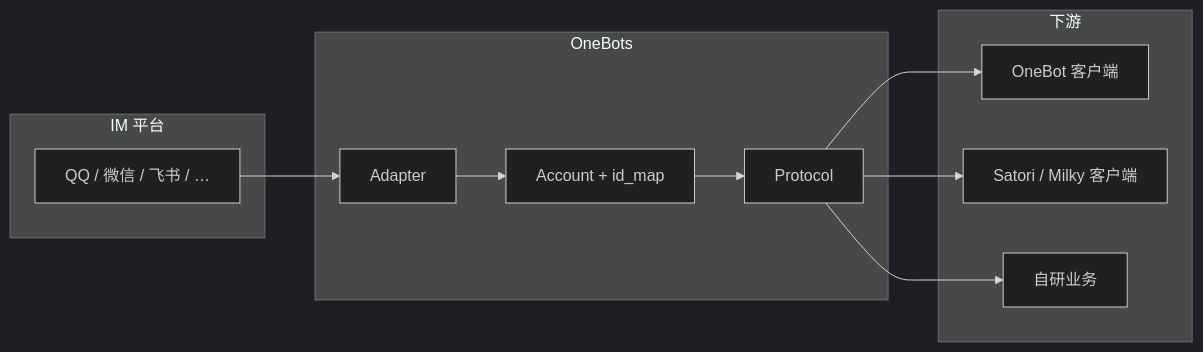
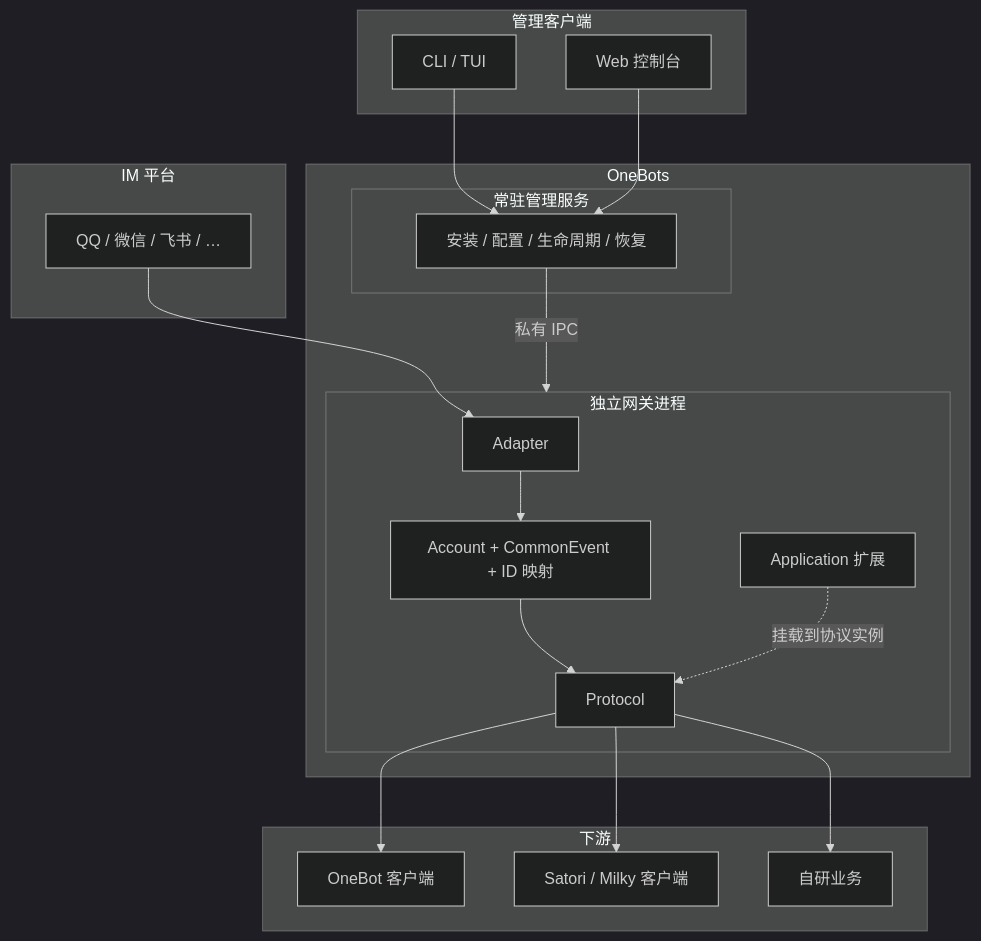
One commit to lc-cn/onebots changed the diagram in README.md. Above: the diagram before and after it, drawn with Mermaid (dark theme). The commit also changed other lines of this file and 16 other files, not shown here.

````diff
--- a/README.md
+++ b/README.md
@@ -36,20 +45,34 @@
 ```mermaid
-flowchart LR
+flowchart TB
   subgraph IM["IM 平台"]
         A1[QQ / 微信 / 飞书 / …]
   end
+  subgraph CLIENTS["管理客户端"]
+      CLI[CLI / TUI]
+      WEB[Web 控制台]
+  end
   subgraph OB["OneBots"]
-        B[Adapter]
-        C[Account + id_map]
-        D[Protocol]
+    subgraph CONTROL["常驻管理服务"]
+      MANAGER[安装 / 配置 / 生命周期 / 恢复]
+    end
+    subgraph GATEWAY["独立网关进程"]
+      B[Adapter]
+      C[Account + CommonEvent + ID 映射]
+      D[Protocol]
+      X[Application 扩展]
+    end
   end
   subgraph Down["下游"]
         E[OneBot 客户端]
         F[Satori / Milky 客户端]
         G[自研业务]
   end
+  CLI --> MANAGER
+  WEB --> MANAGER
+  MANAGER -->|私有 IPC| GATEWAY
   A1 --> B --> C --> D
+  X -.挂载到协议实例.-> D
   D --> E
   D --> F
   D --> G
 ```
````
